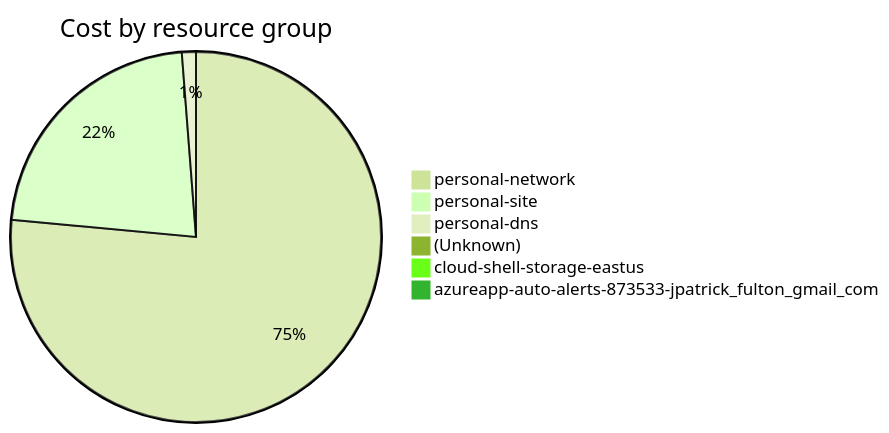
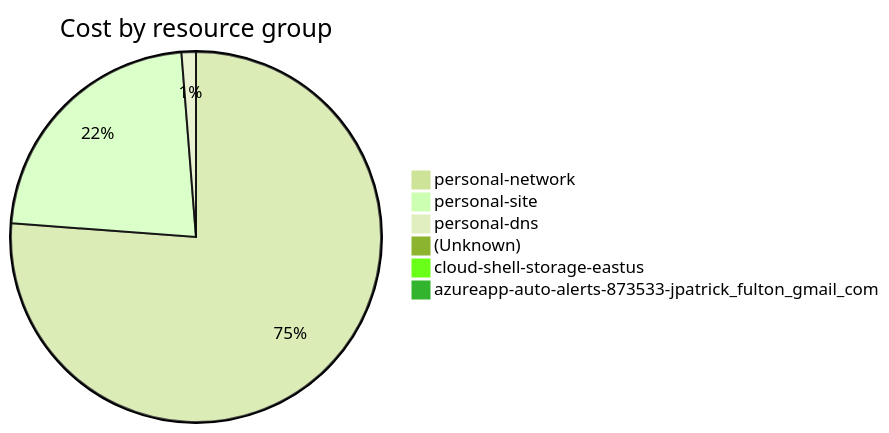
The fourth of 4 diagrams in cost-reports/accumulated-cost.md (jpfulton/azure-personal-reports), drawn with Mermaid (forest theme) before and after one commit. The commit also changed other lines of this file and 4 other files, not shown here.

````diff
--- a/cost-reports/accumulated-cost.md
+++ b/cost-reports/accumulated-cost.md
@@ -156,10 +156,10 @@
 ```mermaid
 pie
    title Cost by resource group
-   "personal-network" : 32.45
-   "personal-site" : 9.46
-   "personal-dns" : 0.52
-   "(Unknown)" : 0.39
-   "cloud-shell-storage-eastus" : 0.17
+   "personal-network" : 33.95
+   "personal-site" : 10.05
+   "personal-dns" : 0.56
+   "(Unknown)" : 0.41
+   "cloud-shell-storage-eastus" : 0.18
    "azureapp-auto-alerts-873533-jpatrick_fulton_gmail_com" : 0.00
 ```
````
